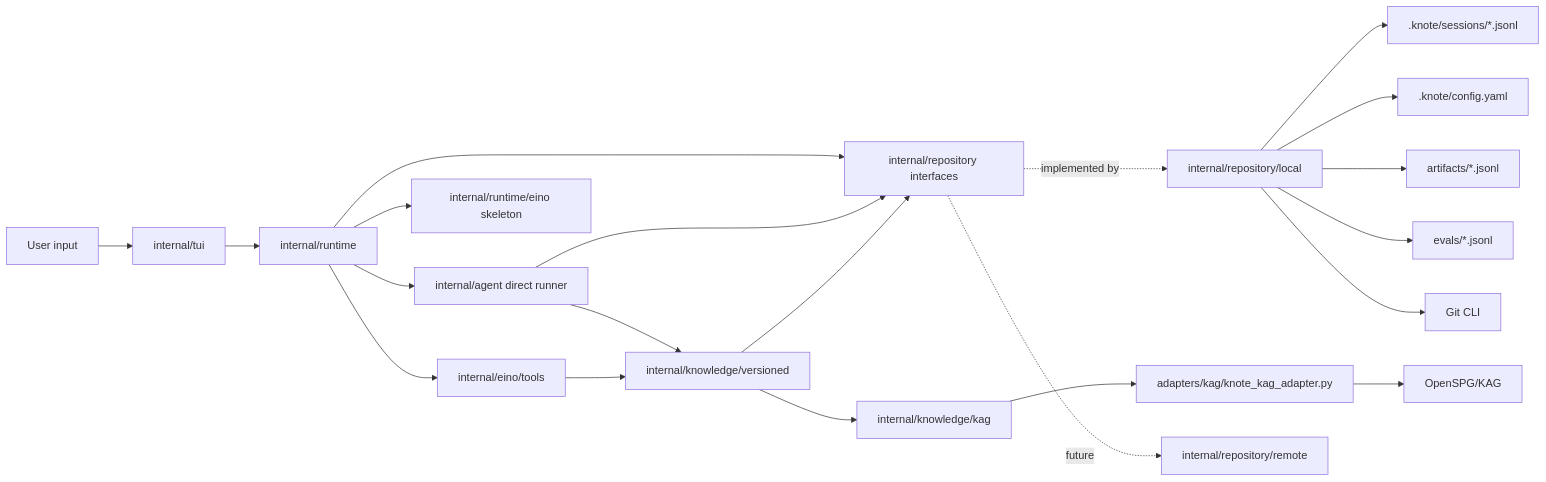
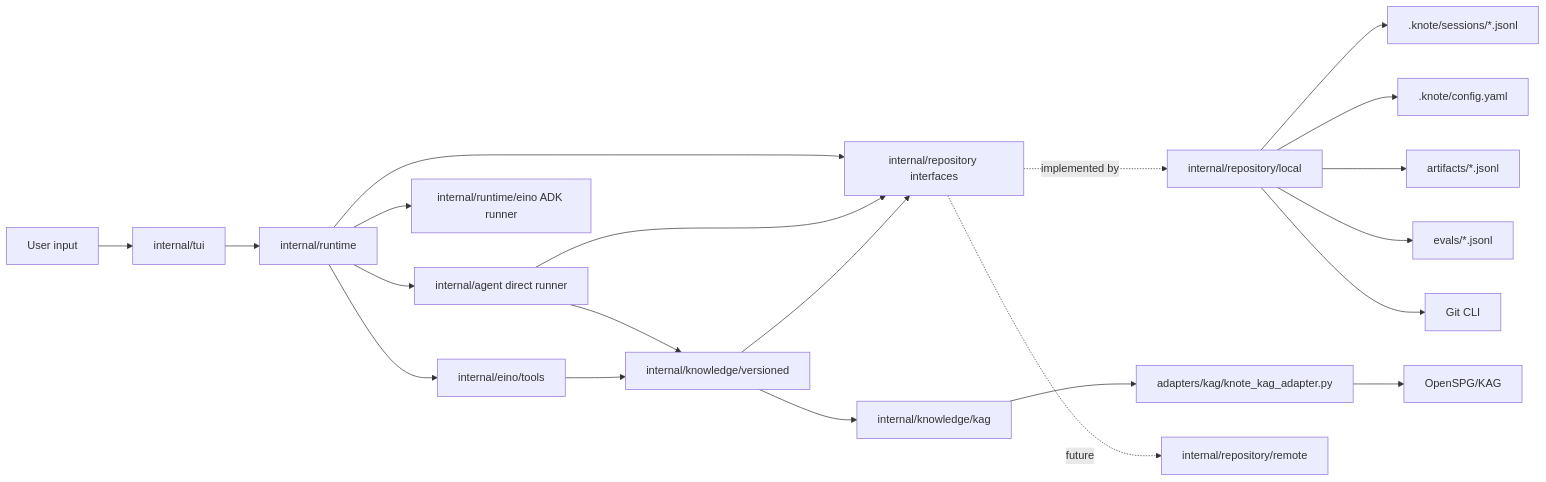
The diagram in doc/architecture.md (zzqDeco/knote), drawn with Mermaid before and after one commit. The commit also changed other lines of this file and 10 other files, not shown here.

````diff
--- a/doc/architecture.md
+++ b/doc/architecture.md
@@ -20,23 +20,23 @@
 ```mermaid
 flowchart LR
   User["User input"] --> TUI["internal/tui"]
   TUI --> Runtime["internal/runtime"]
   Runtime --> Agent["internal/agent direct runner"]
-  Runtime --> EinoRunner["internal/runtime/eino skeleton"]
+  Runtime --> EinoRunner["internal/runtime/eino ADK runner"]
   Runtime --> EinoTools["internal/eino/tools"]
   Runtime --> RepoIf["internal/repository interfaces"]
   Agent --> RepoIf
   Agent --> Versioned["internal/knowledge/versioned"]
   EinoTools --> Versioned
   Versioned --> RepoIf
   Versioned --> Kag["internal/knowledge/kag"]
   Kag --> Adapter["adapters/kag/knote_kag_adapter.py"]
   Adapter --> OpenSPG["OpenSPG/KAG"]
   RepoIf -. implemented by .-> Local["internal/repository/local"]
   Local --> Sessions[".knote/sessions/*.jsonl"]
   Local --> Config[".knote/config.yaml"]
   Local --> Artifacts["artifacts/*.jsonl"]
   Local --> Evals["evals/*.jsonl"]
   Local --> Git["Git CLI"]
   RepoIf -. future .-> Remote["internal/repository/remote"]
 ```
````
